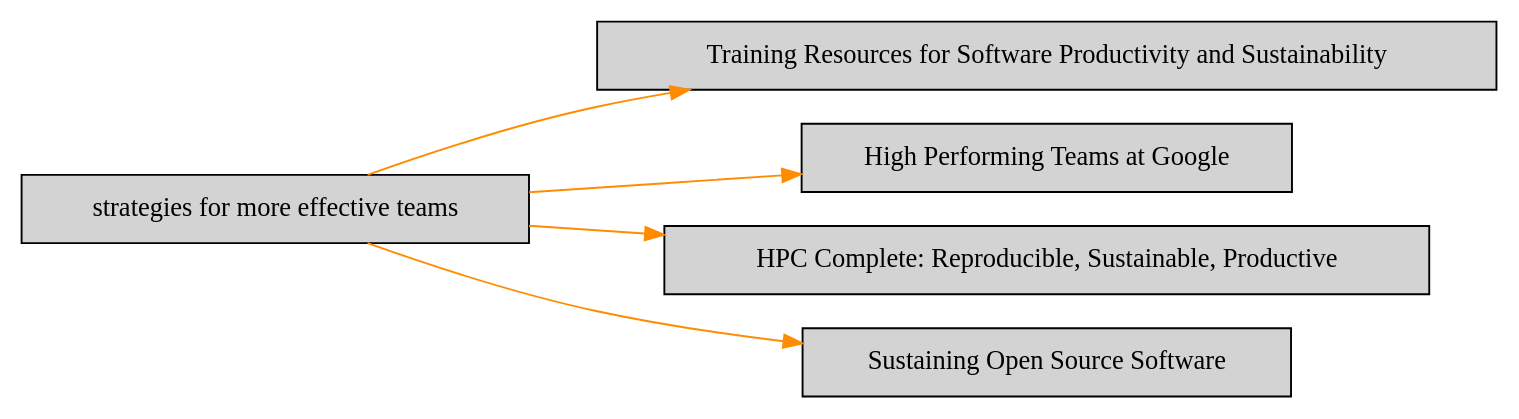
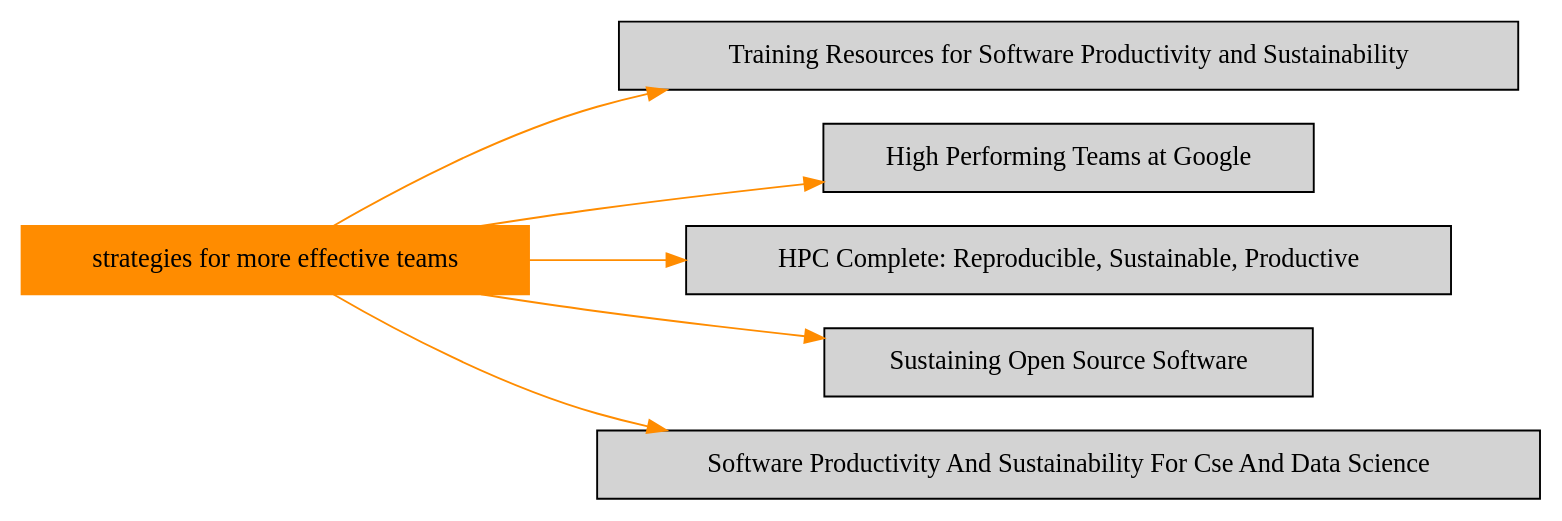
Before and after one commit to duongdo27/Dealii: the diagram in markdown/topic_strategies_for_more_effective_teams.dot, drawn with Graphviz. The commit also changed 15 other files, not shown here.

```diff
--- a/markdown/topic_strategies_for_more_effective_teams.dot
+++ b/markdown/topic_strategies_for_more_effective_teams.dot
@@ -1,14 +1,17 @@
 digraph bettersoftware {
             rankdir = LR;
             ratio = fill;
             node [style=filled];
             node [shape = box];
+"strategies for more effective teams" [colorscheme="svg" color="darkorange"];
 "strategies for more effective teams" ->  "CseCollaborationThroughSoftwareImprovingProductivityAndSustainability.SIAM-CSE17.md" [colorscheme="svg" color="darkorange"];
 "CseCollaborationThroughSoftwareImprovingProductivityAndSustainability.SIAM-CSE17.md" [label="Training Resources for Software Productivity and Sustainability" URL="http://bss.parallactic.com/resources/training-resources-for-software-productivity-and-sustainability"];
 "strategies for more effective teams" ->  "GoogleHiPerfTeams.md" [colorscheme="svg" color="darkorange"];
 "GoogleHiPerfTeams.md" [label="High Performing Teams at Google" URL="http://bss.parallactic.com/resources/high-performing-teams-at-google"];
 "strategies for more effective teams" ->  "HerouxATPESC2016.md" [colorscheme="svg" color="darkorange"];
 "HerouxATPESC2016.md" [label="HPC Complete: Reproducible, Sustainable, Productive" URL="http://bss.parallactic.com/resources/hpc-complete-reproducible-sustainable-productive"];
 "strategies for more effective teams" ->  "OSSSustainabilityResources.md" [colorscheme="svg" color="darkorange"];
 "OSSSustainabilityResources.md" [label="Sustaining Open Source Software" URL="http://bss.parallactic.com/resources/sustaining-open-source-software"];
+"strategies for more effective teams" ->  "SwProductivityAndSustainabilityForCseAndDataScience.SIAM-CSE17.md" [colorscheme="svg" color="darkorange"];
+"SwProductivityAndSustainabilityForCseAndDataScience.SIAM-CSE17.md" [label="Software Productivity And Sustainability For Cse And Data Science" URL="http://bss.parallactic.com/events/siam-conference-on-computational-science-and-engineering-cse17 "]
 }
```
